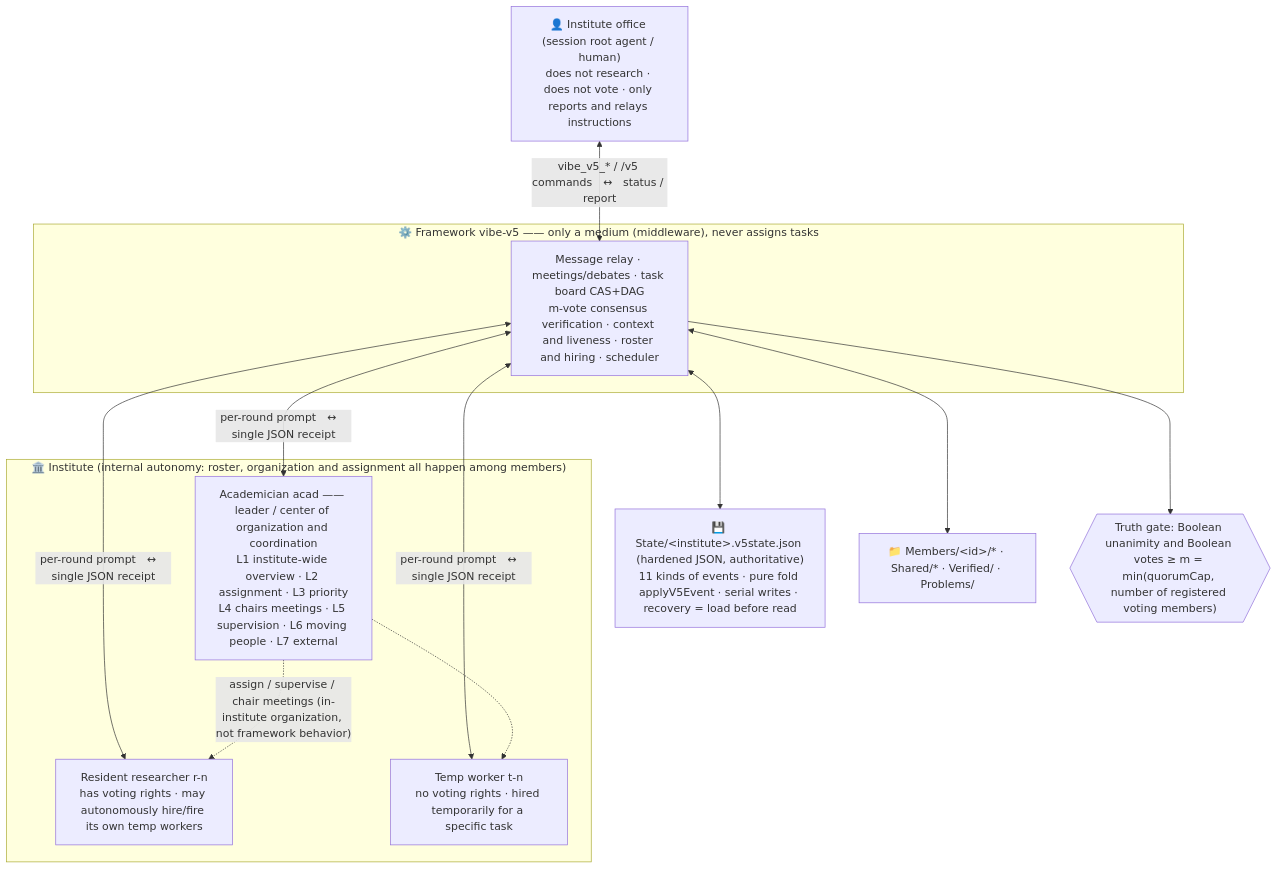
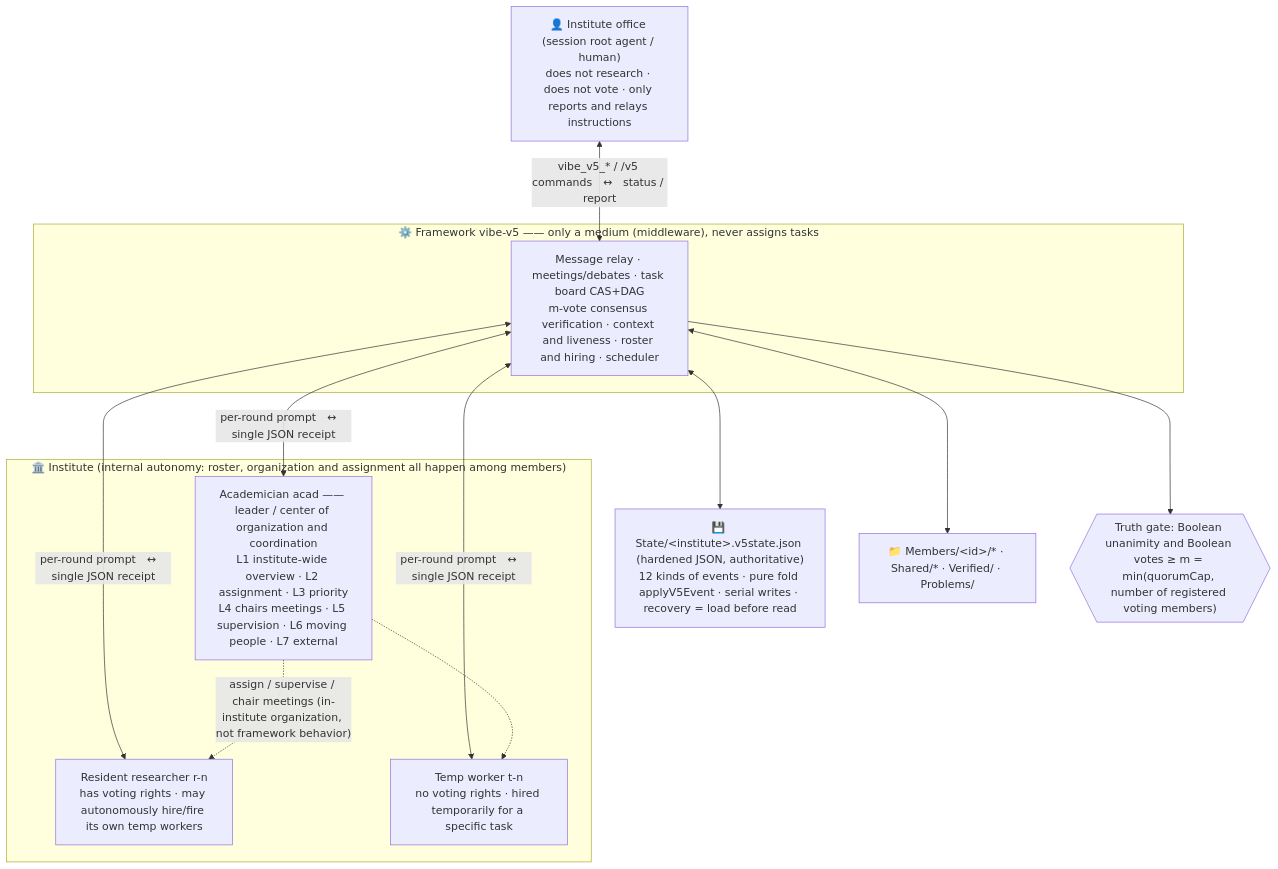
Before and after one commit to ChongCyrus/Vibe-Mathematics: the diagram in README.en.md, drawn with Mermaid. The commit also changed other lines of this file and 34 other files, not shown here.

````diff
--- a/README.en.md
+++ b/README.en.md
@@ -71,24 +71,24 @@
 ```mermaid
 flowchart TB
     OFF["👤 Institute office (session root agent / human)<br/>does not research · does not vote · only reports and relays instructions"]
     subgraph INST["🏛️ Institute (internal autonomy: roster, organization and assignment all happen among members)"]
         ACAD["Academician acad —— leader / center of organization and coordination<br/>L1 institute-wide overview · L2 assignment · L3 priority<br/>L4 chairs meetings · L5 supervision · L6 moving people · L7 external"]
         RES["Resident researcher r-n<br/>has voting rights · may autonomously hire/fire its own temp workers"]
         TMP["Temp worker t-n<br/>no voting rights · hired temporarily for a specific task"]
     end
     subgraph FW["⚙️ Framework vibe-v5 —— only a medium (middleware), never assigns tasks"]
         M["Message relay · meetings/debates · task board CAS+DAG<br/>m-vote consensus verification · context and liveness · roster and hiring · scheduler"]
     end
-    PROJ["💾 State/&lt;institute&gt;.v5state.json (hardened JSON, authoritative)<br/>11 kinds of events · pure fold applyV5Event · serial writes · recovery = load before read"]
+    PROJ["💾 State/&lt;institute&gt;.v5state.json (hardened JSON, authoritative)<br/>12 kinds of events · pure fold applyV5Event · serial writes · recovery = load before read"]
     FS["📁 Members/&lt;id&gt;/* · Shared/* · Verified/ · Problems/"]
     RULE{{"Truth gate: Boolean unanimity and Boolean votes ≥ m = min(quorumCap, number of registered voting members)"}}
     OFF <-->|"vibe_v5_* / /v5 commands　↔　status / report"| M
     M <-->|"per-round prompt　↔　single JSON receipt"| ACAD
     M <-->|"per-round prompt　↔　single JSON receipt"| RES
     M <-->|"per-round prompt　↔　single JSON receipt"| TMP
     ACAD -.->|"assign / supervise / chair meetings (in-institute organization, not framework behavior)"| RES
     ACAD -.-> TMP
     M <--> PROJ
     M <--> FS
     M --> RULE
 ```
````
